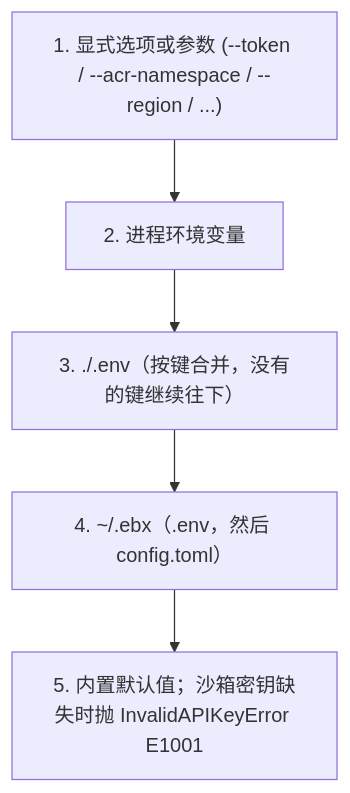
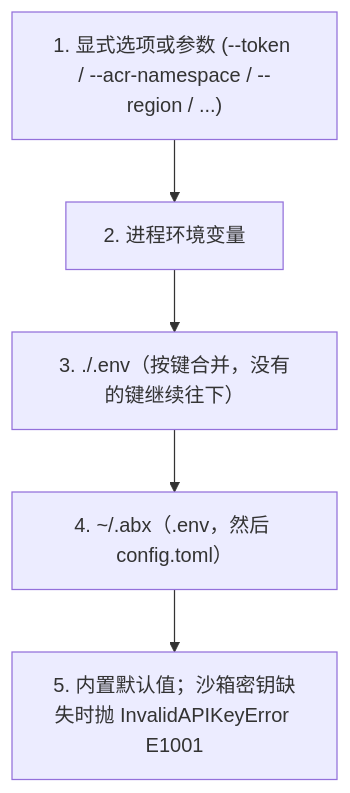
The diagram in docs/zh/guide/authentication.md (Alibaba-Agent-Sandbox/agent-sandbox), drawn with Mermaid before and after one commit. The commit also changed other lines of this file and 644 other files, not shown here.

````diff
--- a/docs/zh/guide/authentication.md
+++ b/docs/zh/guide/authentication.md
@@ -109,7 +109,7 @@
 ```mermaid
 flowchart TD
     A["1. 显式选项或参数 (--token / --acr-namespace / --region / ...)"] --> B["2. 进程环境变量"]
     B --> C["3. ./.env（按键合并，没有的键继续往下）"]
-    C --> D["4. ~/.ebx（.env，然后 config.toml）"]
+    C --> D["4. ~/.abx（.env，然后 config.toml）"]
     D --> E["5. 内置默认值；沙箱密钥缺失时抛 InvalidAPIKeyError E1001"]
 ```
````
